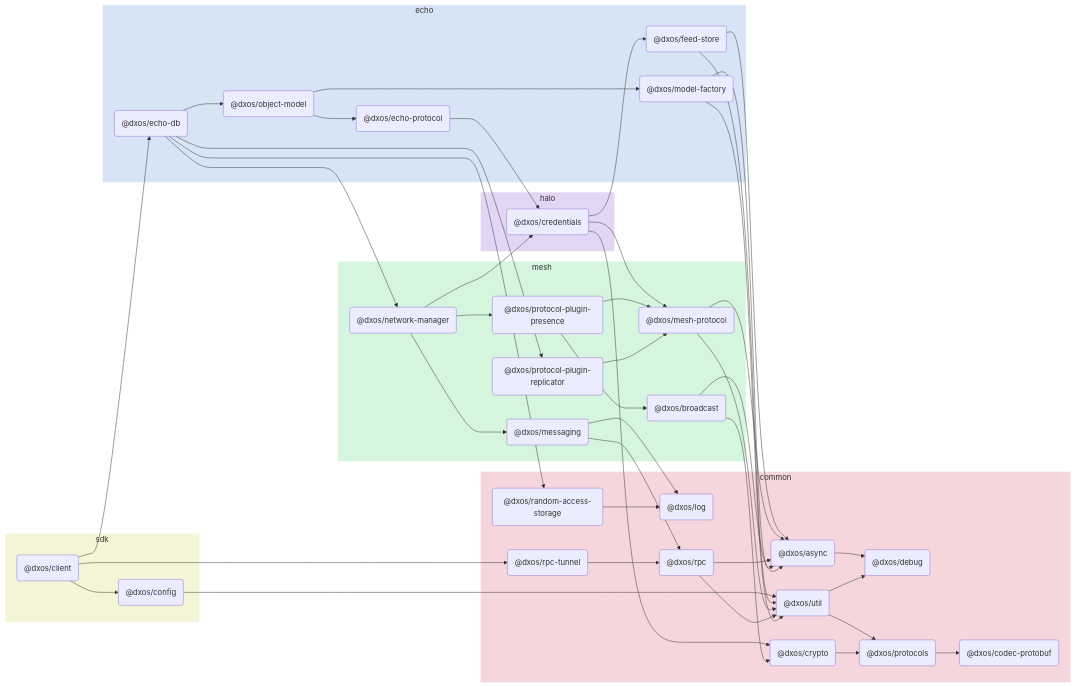
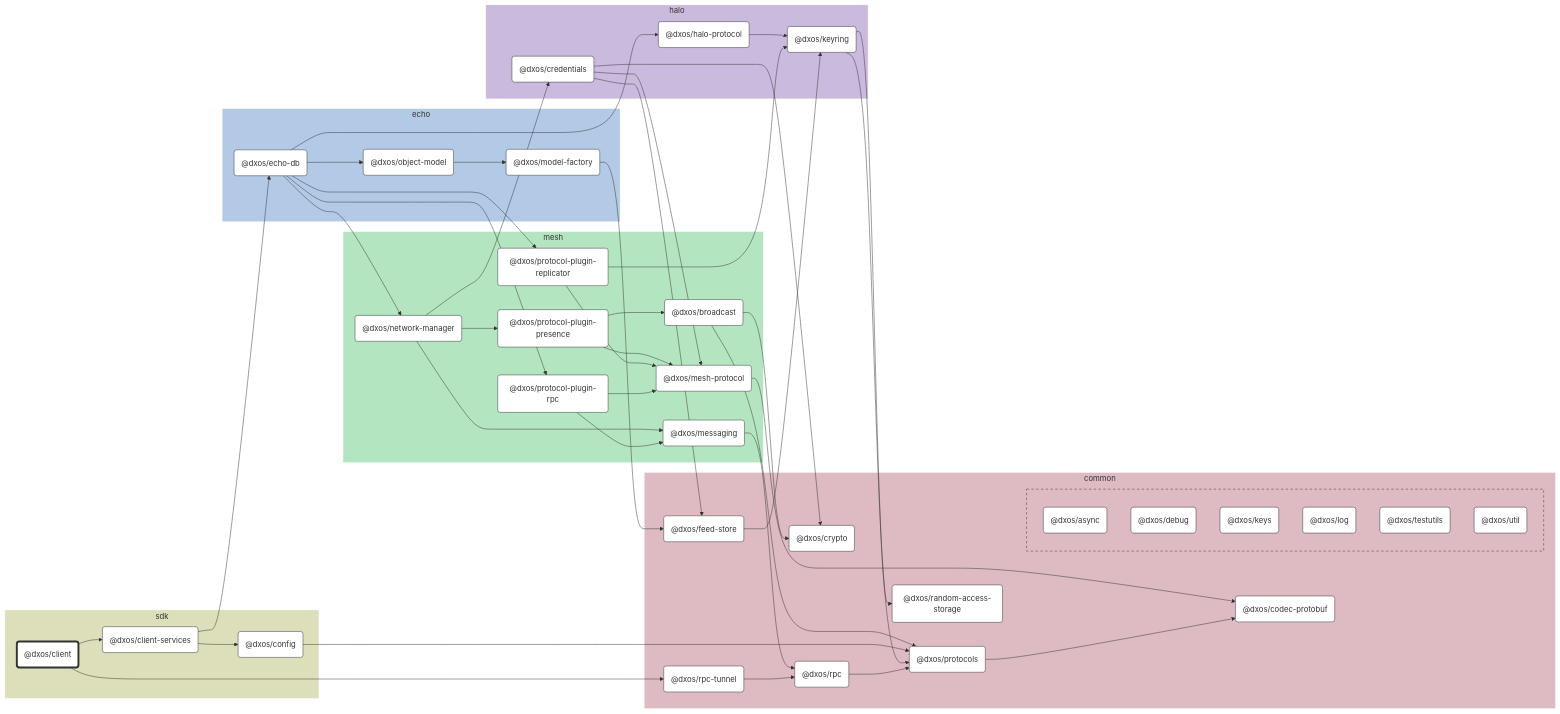
Before and after one commit to dxos/dxos: the diagram in packages/sdk/client/docs/README.md, drawn with Mermaid. The commit also changed other lines of this file and 89 other files, not shown here.

````diff
--- a/packages/sdk/client/docs/README.md
+++ b/packages/sdk/client/docs/README.md
@@ -5,90 +7,169 @@
 ```mermaid
-flowchart LR;
+%%{ init: {'flowchart':{'curve':'basis'}} }%%
 
+flowchart LR
+
+%% Links
+dxos/broadcast --> dxos/crypto;
+dxos/broadcast --> dxos/protocols;
+dxos/client --> dxos/client-services;
+dxos/client --> dxos/rpc-tunnel;
+dxos/client-services --> dxos/config;
+dxos/client-services --> dxos/echo-db;
+dxos/config --> dxos/protocols;
+dxos/credentials --> dxos/crypto;
+dxos/credentials --> dxos/feed-store;
+dxos/credentials --> dxos/mesh-protocol;
+dxos/echo-db --> dxos/halo-protocol;
+dxos/echo-db --> dxos/network-manager;
+dxos/echo-db --> dxos/object-model;
+dxos/echo-db --> dxos/protocol-plugin-replicator;
+dxos/echo-db --> dxos/protocol-plugin-rpc;
+dxos/feed-store --> dxos/keyring;
+dxos/halo-protocol --> dxos/keyring;
+dxos/keyring --> dxos/protocols;
+dxos/keyring --> dxos/random-access-storage;
+dxos/mesh-protocol --> dxos/codec-protobuf;
+dxos/messaging --> dxos/rpc;
+dxos/model-factory --> dxos/feed-store;
+dxos/network-manager --> dxos/credentials;
+dxos/network-manager --> dxos/messaging;
+dxos/network-manager --> dxos/protocol-plugin-presence;
+dxos/object-model --> dxos/model-factory;
+dxos/protocol-plugin-presence --> dxos/broadcast;
+dxos/protocol-plugin-presence --> dxos/mesh-protocol;
+dxos/protocol-plugin-replicator --> dxos/keyring;
+dxos/protocol-plugin-replicator --> dxos/mesh-protocol;
+dxos/protocol-plugin-rpc --> dxos/mesh-protocol;
+dxos/protocol-plugin-rpc --> dxos/messaging;
+dxos/protocols --> dxos/codec-protobuf;
+dxos/rpc --> dxos/protocols;
+dxos/rpc-tunnel --> dxos/rpc;
+
+%% Sections
 subgraph sdk
-  style sdk fill:#f4f5d6,stroke:#fff;
-  dxos/client("@dxos/client");
-  dxos/config("@dxos/config");
+  style sdk fill:#dddeba,stroke:#fff;
 
-
-  click dxos/client "https://google.com";
+  dxos/client("@dxos/client")
+  dxos/client-services("@dxos/client-services")
+  dxos/config("@dxos/config")
 end
 
 subgraph common
-  style common fill:#f5d6dd,stroke:#fff;
-  dxos/async("@dxos/async");
-  dxos/debug("@dxos/debug");
-  dxos/codec-protobuf("@dxos/codec-protobuf");
-  dxos/protocols("@dxos/protocols");
-  dxos/util("@dxos/util");
-  dxos/log("@dxos/log");
-  dxos/crypto("@dxos/crypto");
-  dxos/rpc("@dxos/rpc");
-  dxos/random-access-storage("@dxos/random-access-storage");
-  dxos/rpc-tunnel("@dxos/rpc-tunnel");
+  style common fill:#debac2,stroke:#fff;
+
+  dxos/codec-protobuf("@dxos/codec-protobuf")
+  dxos/crypto("@dxos/crypto")
+  dxos/feed-store("@dxos/feed-store")
+  dxos/protocols("@dxos/protocols")
+  dxos/random-access-storage("@dxos/random-access-storage")
+  dxos/rpc("@dxos/rpc")
+  dxos/rpc-tunnel("@dxos/rpc-tunnel")
+
+  subgraph common-excluded [ ]
+    style common-excluded fill:#debac2,stroke:#333,stroke-dasharray:5 5;
+
+    dxos/async("@dxos/async")
+    dxos/debug("@dxos/debug")
+    dxos/keys("@dxos/keys")
+    dxos/log("@dxos/log")
+    dxos/testutils("@dxos/testutils")
+    dxos/util("@dxos/util")
+  end
+end
+
+subgraph halo
+  style halo fill:#cabade,stroke:#fff;
+
+  dxos/credentials("@dxos/credentials")
+  dxos/halo-protocol("@dxos/halo-protocol")
+  dxos/keyring("@dxos/keyring")
+end
+
+subgraph mesh
+  style mesh fill:#b3e6c0,stroke:#fff;
+
+  dxos/broadcast("@dxos/broadcast")
+  dxos/mesh-protocol("@dxos/mesh-protocol")
+  dxos/messaging("@dxos/messaging")
+  dxos/network-manager("@dxos/network-manager")
+  dxos/protocol-plugin-presence("@dxos/protocol-plugin-presence")
+  dxos/protocol-plugin-replicator("@dxos/protocol-plugin-replicator")
+  dxos/protocol-plugin-rpc("@dxos/protocol-plugin-rpc")
 end
 
 subgraph echo
-  style echo fill:#d6e4f5,stroke:#fff;
-  dxos/echo-db("@dxos/echo-db");
-  dxos/feed-store("@dxos/feed-store");
-  dxos/echo-protocol("@dxos/echo-protocol");
-  dxos/model-factory("@dxos/model-factory");
-  dxos/object-model("@dxos/object-model");
+  style echo fill:#b3cae6,stroke:#fff;
+
+  dxos/echo-db("@dxos/echo-db")
+  dxos/model-factory("@dxos/model-factory")
+  dxos/object-model("@dxos/object-model")
 end
 
-subgraph halo
-  style halo fill:#e3d6f5,stroke:#fff;
-  dxos/credentials("@dxos/credentials");
-end
 
-subgraph mesh
-  style mesh fill:#d6f5de,stroke:#fff;
-  dxos/mesh-protocol("@dxos/mesh-protocol");
-  dxos/messaging("@dxos/messaging");
-  dxos/network-manager("@dxos/network-manager");
-  dxos/protocol-plugin-presence("@dxos/protocol-plugin-presence");
-  dxos/broadcast("@dxos/broadcast");
-  dxos/protocol-plugin-replicator("@dxos/protocol-plugin-replicator");
-end
+%% Hyperlinks
+click dxos/async "dxos/dxos/tree/main/packages/common/async/docs";
+click dxos/broadcast "dxos/dxos/tree/main/packages/mesh/broadcast/docs";
+click dxos/client-services "dxos/dxos/tree/main/packages/sdk/client-services/docs";
+click dxos/codec-protobuf "dxos/dxos/tree/main/packages/common/codec-protobuf/docs";
+click dxos/config "dxos/dxos/tree/main/packages/sdk/config/docs";
+click dxos/credentials "dxos/dxos/tree/main/packages/halo/credentials/docs";
+click dxos/crypto "dxos/dxos/tree/main/packages/common/crypto/docs";
+click dxos/debug "dxos/dxos/tree/main/packages/common/debug/docs";
+click dxos/echo-db "dxos/dxos/tree/main/packages/echo/echo-db/docs";
+click dxos/feed-store "dxos/dxos/tree/main/packages/common/feed-store/docs";
+click dxos/halo-protocol "dxos/dxos/tree/main/packages/halo/halo-protocol/docs";
+click dxos/keyring "dxos/dxos/tree/main/packages/halo/keyring/docs";
+click dxos/keys "dxos/dxos/tree/main/packages/common/keys/docs";
+click dxos/log "dxos/dxos/tree/main/packages/common/log/docs";
+click dxos/mesh-protocol "dxos/dxos/tree/main/packages/mesh/mesh-protocol/docs";
+click dxos/messaging "dxos/dxos/tree/main/packages/mesh/messaging/docs";
+click dxos/model-factory "dxos/dxos/tree/main/packages/echo/model-factory/docs";
+click dxos/network-manager "dxos/dxos/tree/main/packages/mesh/network-manager/docs";
+click dxos/object-model "dxos/dxos/tree/main/packages/echo/object-model/docs";
+click dxos/protocol-plugin-presence "dxos/dxos/tree/main/packages/mesh/protocol-plugin-presence/docs";
+click dxos/protocol-plugin-replicator "dxos/dxos/tree/main/packages/mesh/protocol-plugin-replicator/docs";
+click dxos/protocol-plugin-rpc "dxos/dxos/tree/main/packages/mesh/protocol-plugin-rpc/docs";
+click dxos/protocols "dxos/dxos/tree/main/packages/common/protocols/docs";
+click dxos/random-access-storage "dxos/dxos/tree/main/packages/common/random-access-storage/docs";
+click dxos/rpc "dxos/dxos/tree/main/packages/common/rpc/docs";
+click dxos/rpc-tunnel "dxos/dxos/tree/main/packages/common/rpc-tunnel/docs";
+click dxos/testutils "dxos/dxos/tree/main/packages/common/testutils/docs";
+click dxos/util "dxos/dxos/tree/main/packages/common/util/docs";
 
-dxos/async --> dxos/debug;
-dxos/client --> dxos/config;
-dxos/protocols --> dxos/codec-protobuf;
-dxos/config --> dxos/util;
-dxos/util --> dxos/debug;
-dxos/util --> dxos/protocols;
-dxos/client --> dxos/echo-db;
-dxos/credentials --> dxos/crypto;
-dxos/crypto --> dxos/protocols;
-dxos/credentials --> dxos/feed-store;
-dxos/feed-store --> dxos/async;
-dxos/feed-store --> dxos/util;
-dxos/credentials --> dxos/mesh-protocol;
-dxos/mesh-protocol --> dxos/async;
-dxos/mesh-protocol --> dxos/util;
-dxos/echo-protocol --> dxos/credentials;
-dxos/messaging --> dxos/log;
-dxos/messaging --> dxos/rpc;
-dxos/rpc --> dxos/async;
-dxos/rpc --> dxos/util;
-dxos/model-factory --> dxos/async;
-dxos/model-factory --> dxos/util;
-dxos/echo-db --> dxos/network-manager;
-dxos/network-manager --> dxos/credentials;
-dxos/network-manager --> dxos/messaging;
-dxos/network-manager --> dxos/protocol-plugin-presence;
-dxos/protocol-plugin-presence --> dxos/broadcast;
-dxos/broadcast --> dxos/async;
-dxos/broadcast --> dxos/crypto;
-dxos/protocol-plugin-presence --> dxos/mesh-protocol;
-dxos/echo-db --> dxos/object-model;
-dxos/object-model --> dxos/echo-protocol;
-dxos/object-model --> dxos/model-factory;
-dxos/echo-db --> dxos/protocol-plugin-replicator;
-dxos/protocol-plugin-replicator --> dxos/mesh-protocol;
-dxos/echo-db --> dxos/random-access-storage;
-dxos/random-access-storage --> dxos/log;
-dxos/client --> dxos/rpc-tunnel;
-dxos/rpc-tunnel --> dxos/rpc;
+%% Styles
+classDef rootNode fill:#fff,stroke:#333,stroke-width:4px
+classDef defaultNode fill:#fff,stroke:#333,stroke-width:1px
+linkStyle default stroke:#333,stroke-width:1px
+
+dxos/client:::rootNode
+
+dxos/async:::defaultNode
+dxos/broadcast:::defaultNode
+dxos/client-services:::defaultNode
+dxos/codec-protobuf:::defaultNode
+dxos/config:::defaultNode
+dxos/credentials:::defaultNode
+dxos/crypto:::defaultNode
+dxos/debug:::defaultNode
+dxos/echo-db:::defaultNode
+dxos/feed-store:::defaultNode
+dxos/halo-protocol:::defaultNode
+dxos/keyring:::defaultNode
+dxos/keys:::defaultNode
+dxos/log:::defaultNode
+dxos/mesh-protocol:::defaultNode
+dxos/messaging:::defaultNode
+dxos/model-factory:::defaultNode
+dxos/network-manager:::defaultNode
+dxos/object-model:::defaultNode
+dxos/protocol-plugin-presence:::defaultNode
+dxos/protocol-plugin-replicator:::defaultNode
+dxos/protocol-plugin-rpc:::defaultNode
+dxos/protocols:::defaultNode
+dxos/random-access-storage:::defaultNode
+dxos/rpc:::defaultNode
+dxos/rpc-tunnel:::defaultNode
+dxos/testutils:::defaultNode
+dxos/util:::defaultNode
 ```
````
